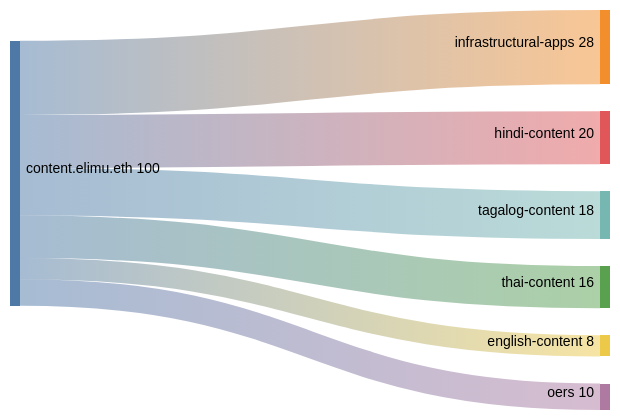
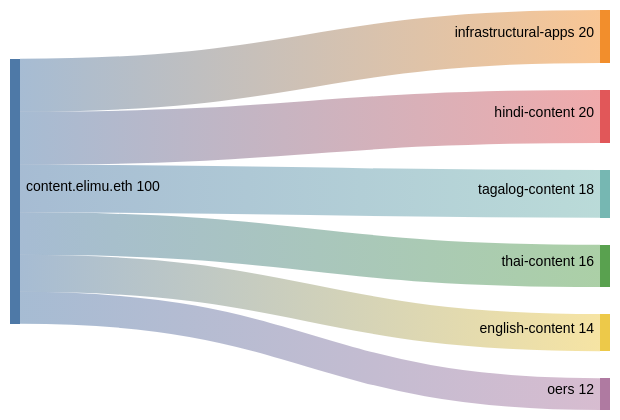
The first of 3 diagrams in DRIP_LIST_FUNDING_SPLITS.md (elimu-ai/web3-wiki), drawn with Mermaid (neutral theme) before and after one commit.

````diff
--- a/DRIP_LIST_FUNDING_SPLITS.md
+++ b/DRIP_LIST_FUNDING_SPLITS.md
@@ -22,11 +22,11 @@
 ```mermaid
 sankey-beta
 
 %% source,target,value
-content.elimu.eth,infrastructural-apps,28.00
+content.elimu.eth,infrastructural-apps,20.00
 content.elimu.eth,hindi-content,20.00
 content.elimu.eth,tagalog-content,18.00
 content.elimu.eth,thai-content,16.00
-content.elimu.eth,english-content,8.00
-content.elimu.eth,oers,10.00
+content.elimu.eth,english-content,14.00
+content.elimu.eth,oers,12.00
 ```
````
